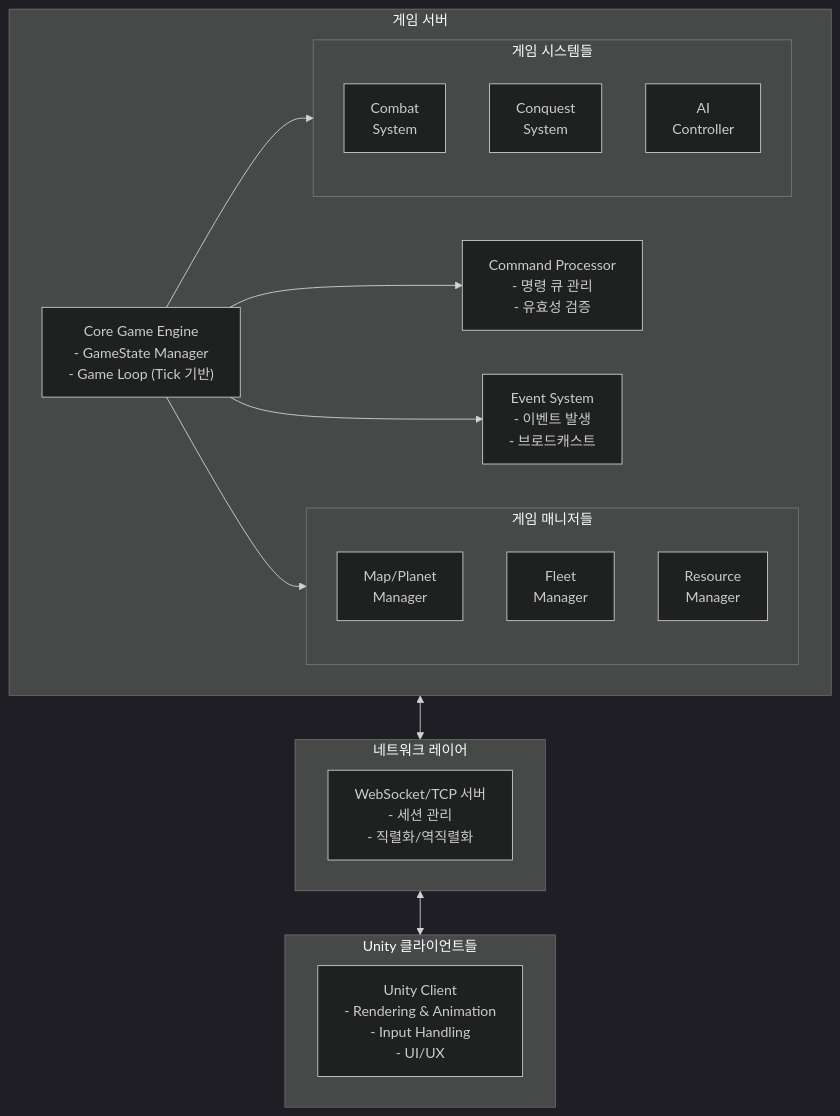
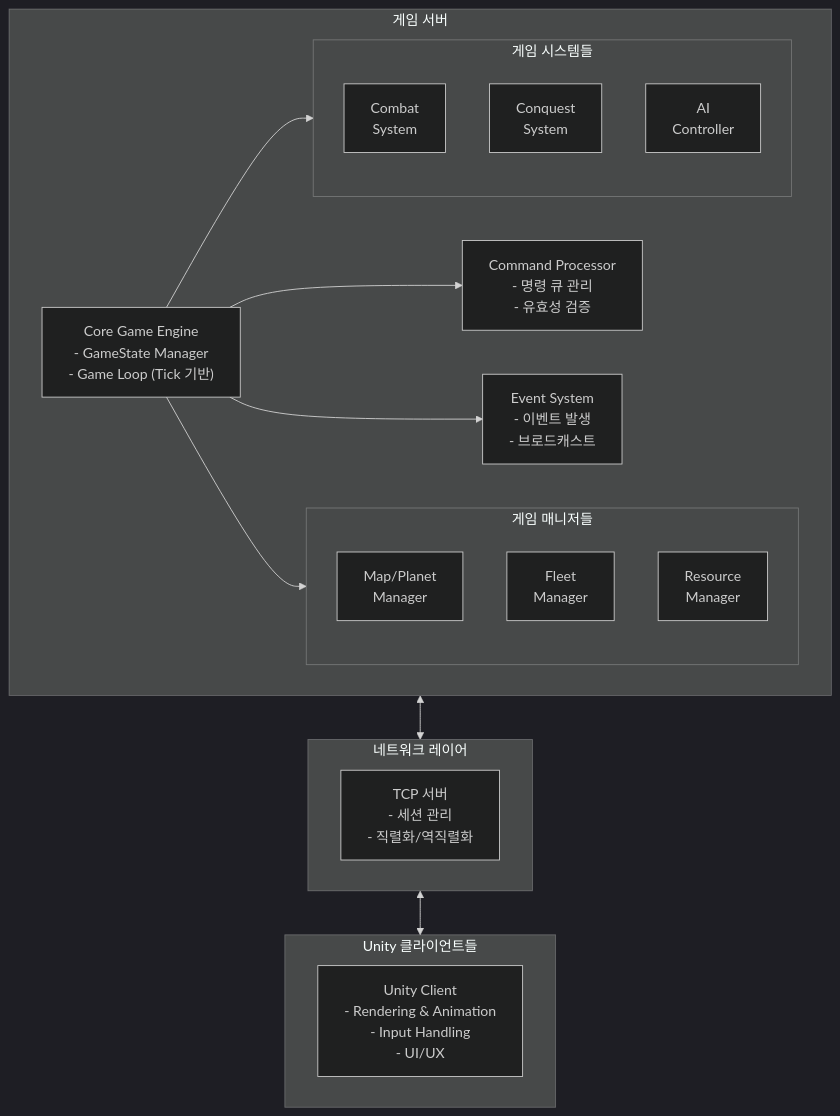
Before and after one commit to Bo-sung/InterPlanetery_Server: the first of 5 diagrams in Docs/interplanetary_system_spec.md, drawn with Mermaid (dark theme). The commit also changed other lines of this file, not shown here.

First line of the commit message:
docs: TCP 프로토콜 명세로 통일 및 프로토콜 구조 개선

````diff
--- a/Docs/interplanetary_system_spec.md
+++ b/Docs/interplanetary_system_spec.md
@@ -46,37 +46,37 @@
 ```mermaid
 graph TB
     subgraph GameServer["게임 서버"]
         CoreEngine["Core Game Engine<br/>- GameState Manager<br/>- Game Loop (Tick 기반)"]
 
         subgraph Managers["게임 매니저들"]
             MapMgr["Map/Planet<br/>Manager"]
             FleetMgr["Fleet<br/>Manager"]
             ResourceMgr["Resource<br/>Manager"]
         end
 
         subgraph Systems["게임 시스템들"]
             Combat["Combat<br/>System"]
             Conquest["Conquest<br/>System"]
             AI["AI<br/>Controller"]
         end
 
         CmdProc["Command Processor<br/>- 명령 큐 관리<br/>- 유효성 검증"]
         EventSys["Event System<br/>- 이벤트 발생<br/>- 브로드캐스트"]
 
         CoreEngine --> Managers
         CoreEngine --> Systems
         CoreEngine --> CmdProc
         CoreEngine --> EventSys
     end
 
     subgraph Network["네트워크 레이어"]
-        NetLayer["WebSocket/TCP 서버<br/>- 세션 관리<br/>- 직렬화/역직렬화"]
+        NetLayer["TCP 서버<br/>- 세션 관리<br/>- 직렬화/역직렬화"]
     end
 
     subgraph Clients["Unity 클라이언트들"]
         Client["Unity Client<br/>- Rendering & Animation<br/>- Input Handling<br/>- UI/UX"]
     end
 
     GameServer <--> Network
     Network <--> Clients
 ```
````
